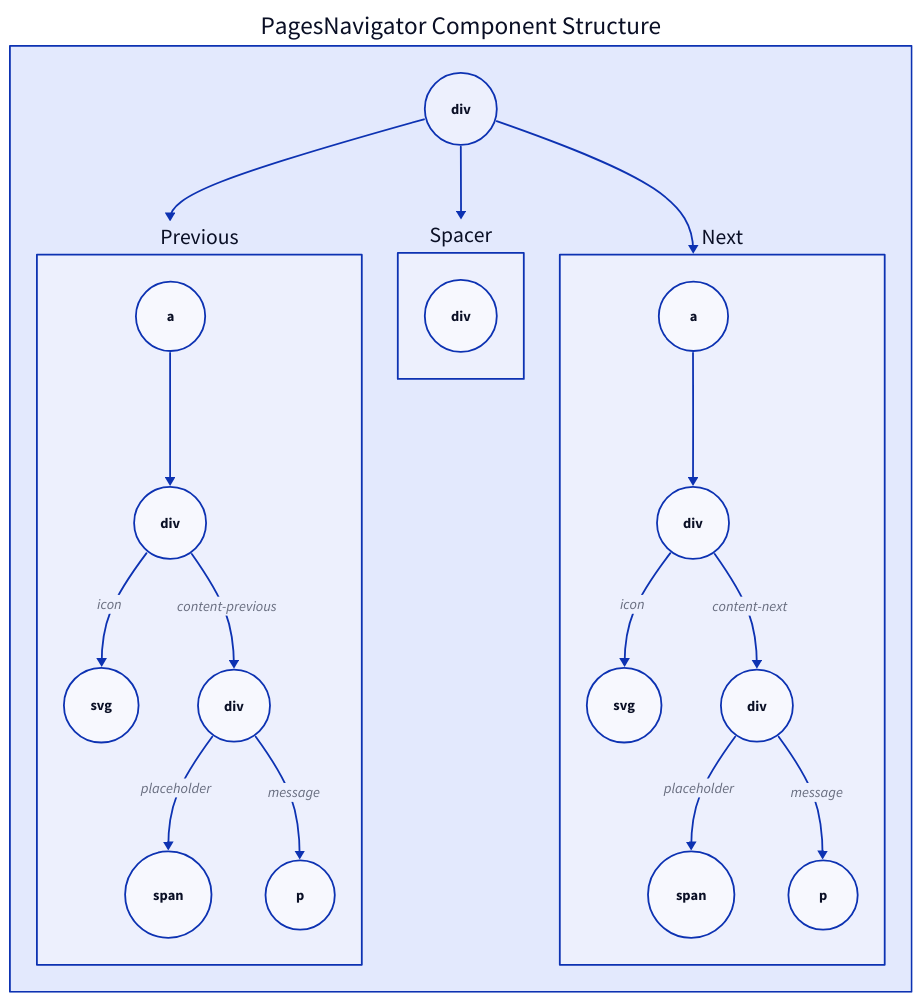
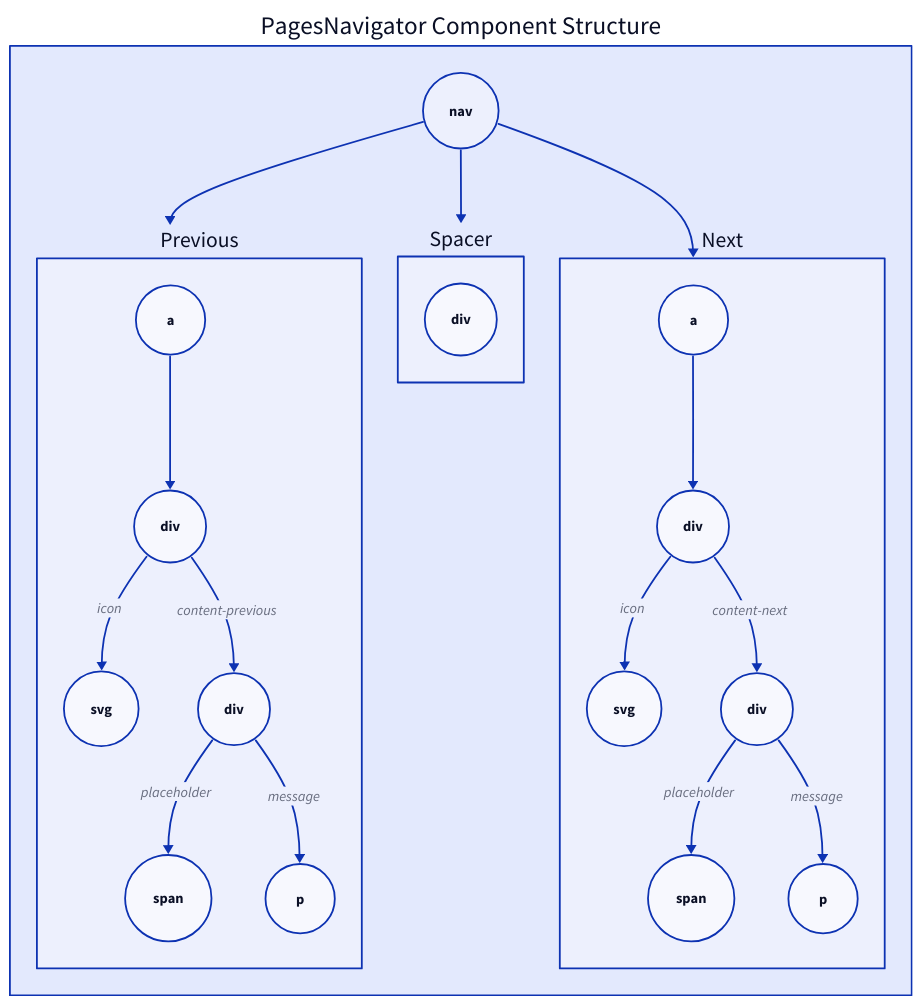
One commit to sveltinio/components-library changed the diagram in packages/widgets/src/lib/components/pagesnavigator/assets/diagrams/pagesnavigator.d2. Above: the diagram before and after it, drawn with D2. The commit also changed 1 other file, not shown here.

Commit message:
docs(widgets/pagesnavigator): d2 diagram updated

```diff
--- a/packages/widgets/src/lib/components/pagesnavigator/assets/diagrams/pagesnavigator.d2
+++ b/packages/widgets/src/lib/components/pagesnavigator/assets/diagrams/pagesnavigator.d2
@@ -1,48 +1,48 @@
 # Layout Engine: Dagre
 DOM: "PagesNavigator Component Structure" {
   Previous: {
     # keys, shapes and labels
     a.shape: circle
     contentDiv: "div"
     contentDiv.shape: circle
     svg.shape: circle
     contentDivPrevious: "div"
     contentDivPrevious.shape: circle
     span.shape: circle
     p.shape: circle
     # connections
     a -> contentDiv
     contentDiv -> svg: icon
     contentDiv -> contentDivPrevious: content-previous
     contentDivPrevious -> span: placeholder
     contentDivPrevious -> p: message
   }
 
   Spacer: {
     div.shape: circle
   }
 
   Next: {
     # keys, shapes and labels
     a.shape: circle
     contentDiv: "div"
     contentDiv.shape: circle
     svg.shape: circle
     contentDivNext: "div"
     contentDivNext.shape: circle
     span.shape: circle
     p.shape: circle
     # connections
     a -> contentDiv
     contentDiv -> svg: icon
     contentDiv -> contentDivNext: content-next
     contentDivNext -> span: placeholder
     contentDivNext -> p: message
   }
 
   # connections
-  div.shape: circle
-  div -> Previous
-  div -> Spacer
-  div -> Next
+  nav.shape: circle
+  nav -> Previous
+  nav -> Spacer
+  nav -> Next
 }
```
